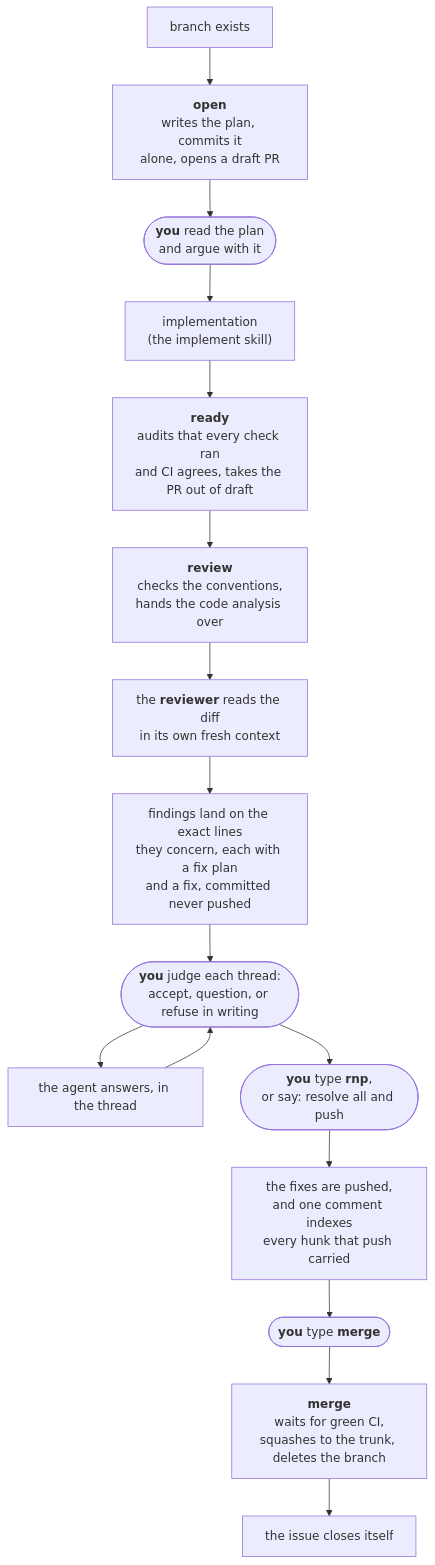
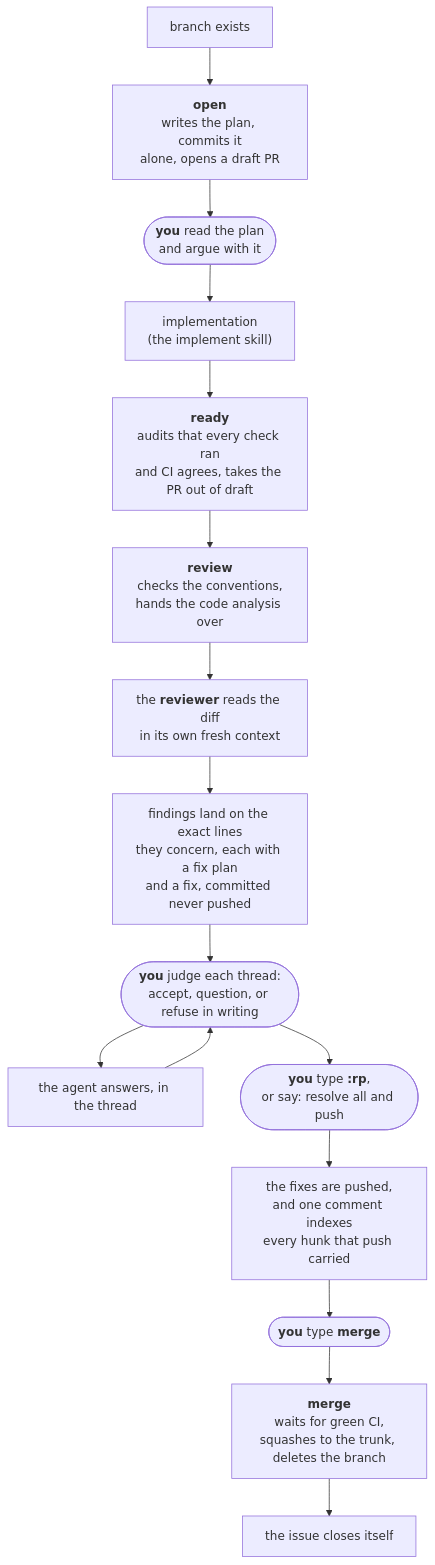
Before and after one commit to izkreny/agentifico: the diagram in plugins/gh-solo/skills/pr-flow/README.md, drawn with Mermaid. The commit also changed other lines of this file and 15 other files, not shown here.

````diff
--- a/plugins/gh-solo/skills/pr-flow/README.md
+++ b/plugins/gh-solo/skills/pr-flow/README.md
@@ -24,18 +24,18 @@
 ```mermaid
 flowchart TD
     A["branch exists"] --> B["<b>open</b><br/>writes the plan, commits it<br/>alone, opens a draft PR"]
     B --> STOP(["<b>you</b> read the plan<br/>and argue with it"])
     STOP --> C["implementation<br/>(the implement skill)"]
     C --> D["<b>ready</b><br/>audits that every check ran<br/>and CI agrees, takes the PR out of draft"]
     D --> E["<b>review</b><br/>checks the conventions,<br/>hands the code analysis over"]
     E --> F["the <b>reviewer</b> reads the diff<br/>in its own fresh context"]
     F --> G["findings land on the exact lines<br/>they concern, each with a fix plan<br/>and a fix, committed never pushed"]
     G --> Q(["<b>you</b> judge each thread:<br/>accept, question, or refuse in writing"])
     Q --> R["the agent answers, in the thread"]
     R --> Q
-    Q --> S(["<b>you</b> type <b>rnp</b>,<br/>or say: resolve all and push"])
+    Q --> S(["<b>you</b> type <b>:rp</b>,<br/>or say: resolve all and push"])
     S --> T["the fixes are pushed,<br/>and one comment indexes<br/>every hunk that push carried"]
     T --> U(["<b>you</b> type <b>merge</b>"])
     U --> J["<b>merge</b><br/>waits for green CI,<br/>squashes to the trunk, deletes the branch"]
     J --> K["the issue closes itself"]
 ```
````
